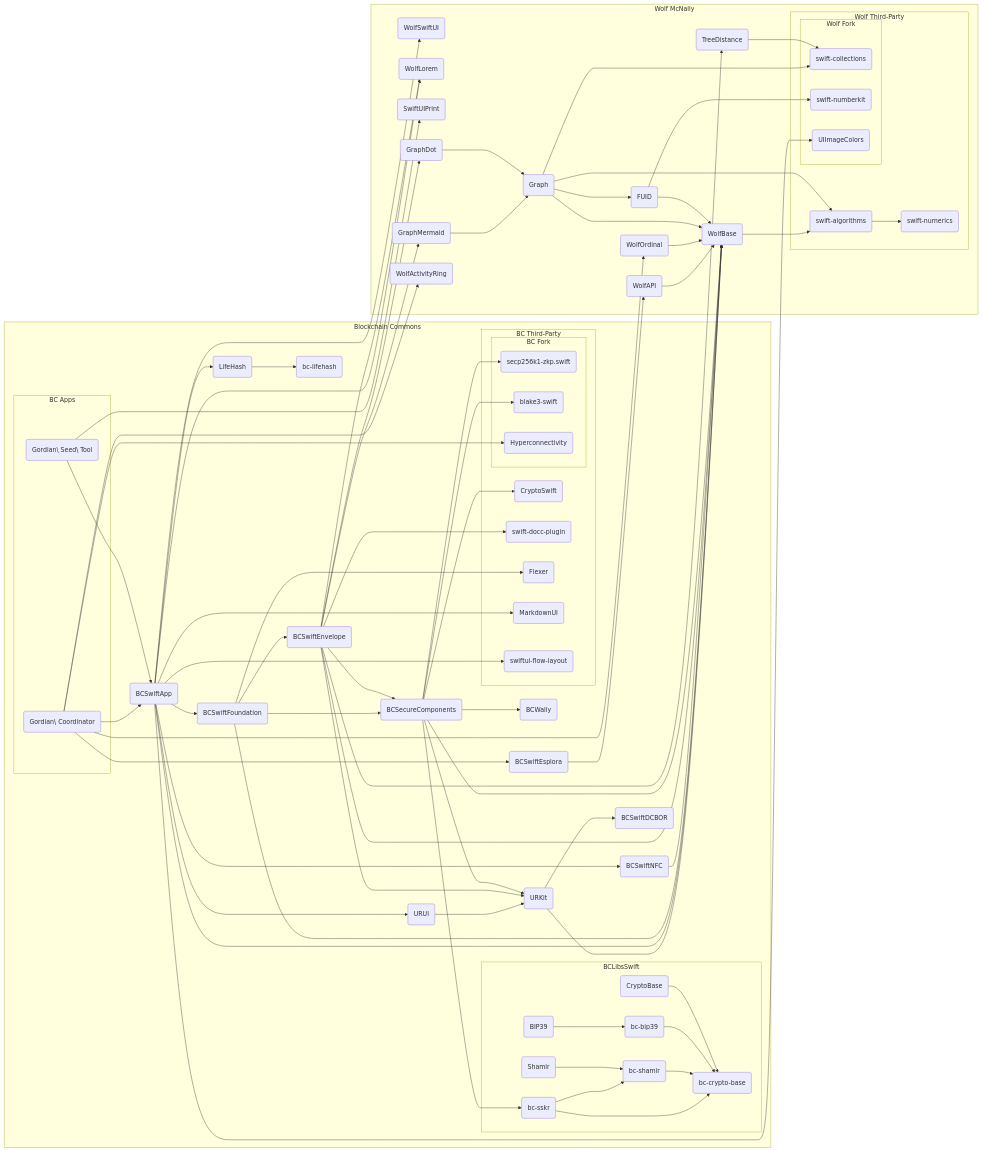
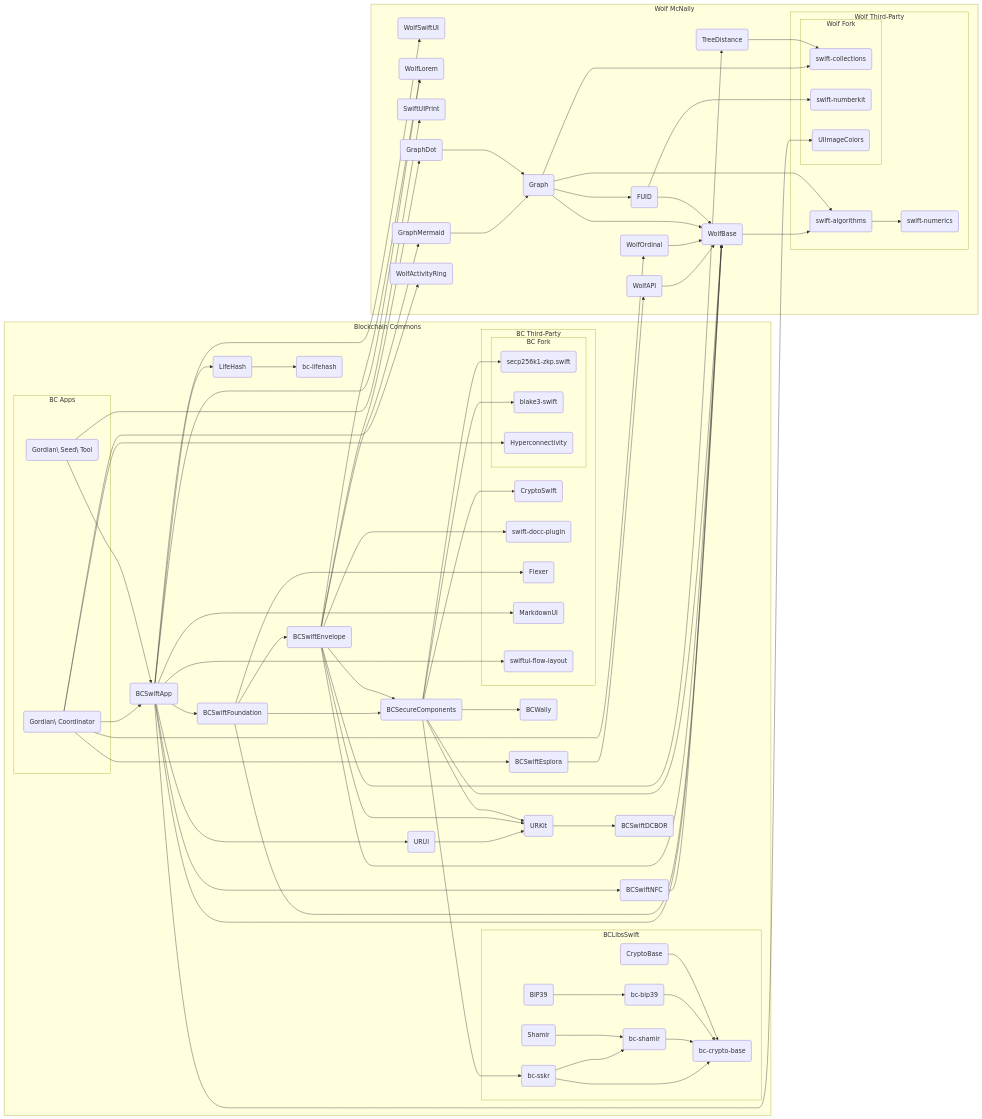
Before and after one commit to BlockchainCommons/Gordian: the diagram in SwiftDependencies.md, drawn with Mermaid.

Commit message:
Removed URKit dependency on WolfBase.

```diff
--- a/SwiftDependencies.md
+++ b/SwiftDependencies.md
@@ -83,7 +83,6 @@
 	eid24  --> eid23
 	eid26  --> eid23
 	eid28  --> eid151
-	eid28  --> eid23
 	eid30  --> eid23
 	eid30  --> eid32
 	eid30  --> eid36
```
